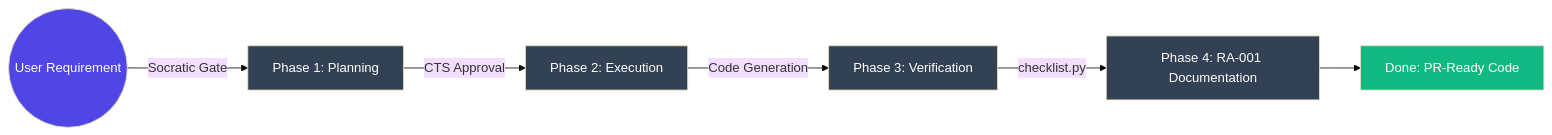
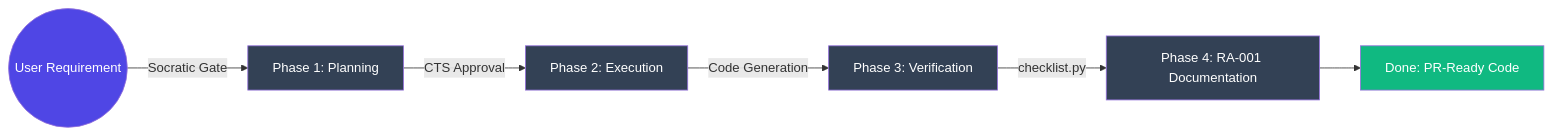
The third of 10 diagrams in README.md (Ab-aswini/Agent-kit-P1), drawn with Mermaid before and after one commit. The commit also changed other lines of this file, not shown here.

````diff
--- a/README.md
+++ b/README.md
@@ -148,16 +149,16 @@
 ```mermaid
-%%{init: {'theme': 'base', 'themeVariables': { 'mainBkg': '#0f172a' }}}%%
+%%{init: {'theme': 'auto', 'themeVariables': { 'auto' }}}%%
 flowchart LR
     REQ((User Requirement)) -->|Socratic Gate| PLAN[Phase 1: Planning]
     PLAN -->|CTS Approval| EXEC[Phase 2: Execution]
     EXEC -->|Code Generation| VER[Phase 3: Verification]
     VER -->|checklist.py| RA[Phase 4: RA-001 Documentation]
     RA --> OUT[Done: PR-Ready Code]
 
     style REQ fill:#4F46E5,color:#fff
     style OUT fill:#10B981,color:#fff
     style PLAN fill:#334155,color:#fff
     style EXEC fill:#334155,color:#fff
     style VER fill:#334155,color:#fff
     style RA fill:#334155,color:#fff
 ```
````
